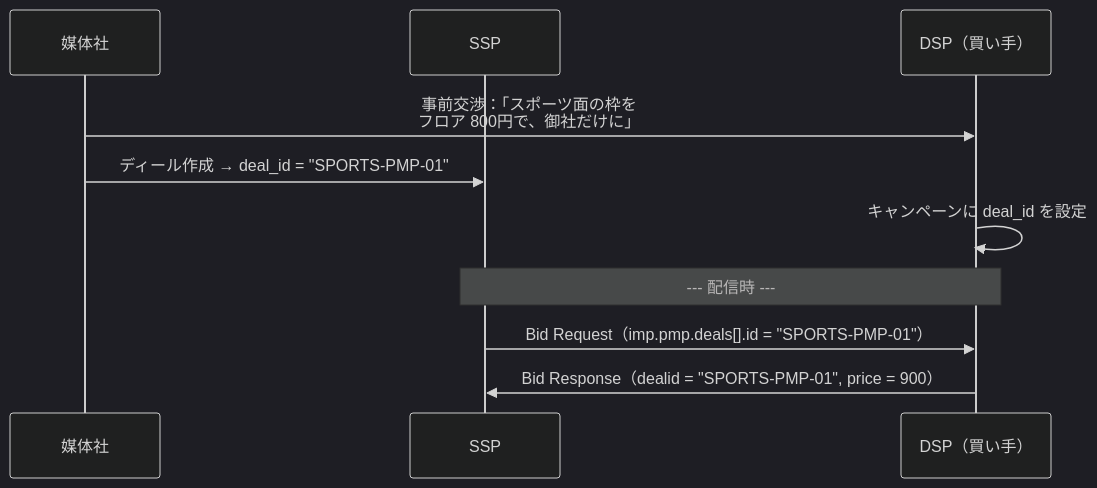
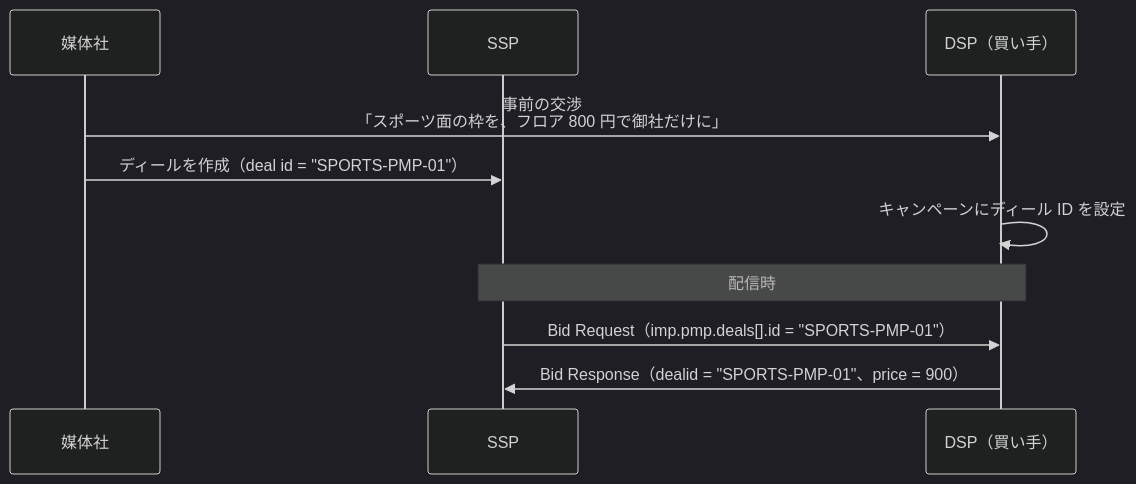
One commit to yasut0ra/rtb-study changed the second of 3 diagrams in docs/06-deals.md. Above: the diagram before and after it, drawn with Mermaid (dark theme). The commit also changed other lines of this file and 36 other files, not shown here.

````diff
--- a/docs/06-deals.md
+++ b/docs/06-deals.md
@@ -55,12 +50,12 @@
 ```mermaid
 sequenceDiagram
     participant P as 媒体社
     participant S as SSP
     participant D as DSP（買い手）
-    P->>D: 事前交渉：「スポーツ面の枠を<br/>フロア 800円で、御社だけに」
-    P->>S: ディール作成 → deal_id = "SPORTS-PMP-01"
-    D->>D: キャンペーンに deal_id を設定
-    Note over S,D: --- 配信時 ---
+    P->>D: 事前の交渉<br/>「スポーツ面の枠を、フロア 800 円で御社だけに」
+    P->>S: ディールを作成（deal id = "SPORTS-PMP-01"）
+    D->>D: キャンペーンにディール ID を設定
+    Note over S,D: 配信時
     S->>D: Bid Request（imp.pmp.deals[].id = "SPORTS-PMP-01"）
-    D->>S: Bid Response（dealid = "SPORTS-PMP-01", price = 900）
+    D->>S: Bid Response（dealid = "SPORTS-PMP-01"、price = 900）
 ```
````
